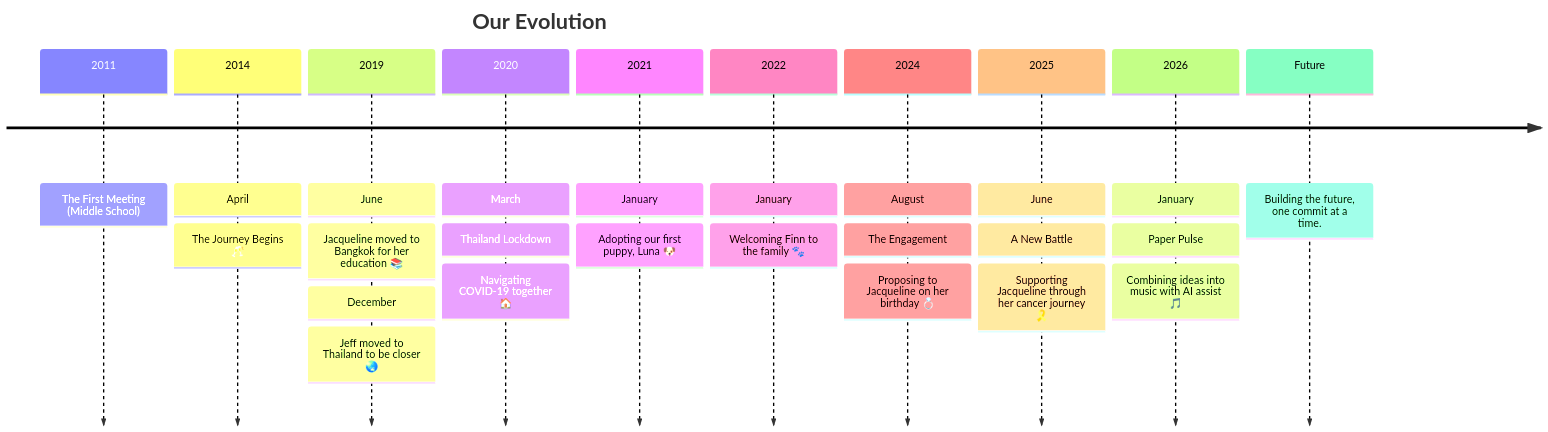
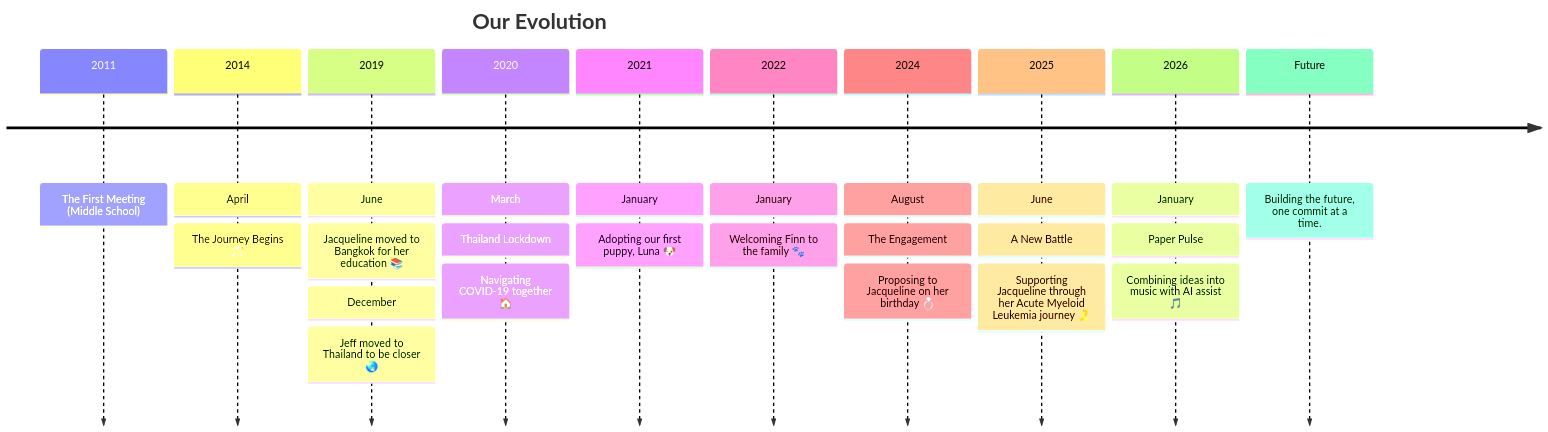
One commit to ScarletFoundry/love-journey changed the diagram in README.md. Above: the diagram before and after it, drawn with Mermaid. The commit also changed other lines of this file, not shown here.

Commit message:
chore: automated journey update [skip ci]

````diff
--- a/README.md
+++ b/README.md
@@ -10,14 +10,14 @@
 ```mermaid
 timeline
     title Our Evolution
     2011 : The First Meeting (Middle School)
     2014 : April: The Journey Begins 🥂
     2019 : June: Jacqueline moved to Bangkok for her education 📚 : December: Jeff moved to Thailand to be closer 🌏
     2020 : March: Thailand Lockdown: Navigating COVID-19 together 🏠
     2021 : January: Adopting our first puppy, Luna 🐶
     2022 : January: Welcoming Finn to the family 🐾
     2024 : August: The Engagement: Proposing to Jacqueline on her birthday 💍
-    2025 : June: A New Battle: Supporting Jacqueline through her cancer journey 🎗️
+    2025 : June: A New Battle: Supporting Jacqueline through her Acute Myeloid Leukemia journey 🎗️
     2026 : January: Paper Pulse: Combining ideas into music with AI assist 🎵
     Future : Building the future, one commit at a time.
 ```
````
